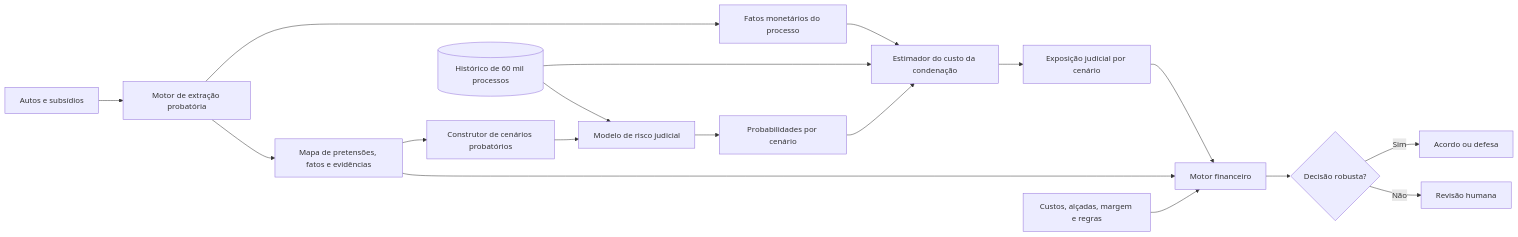
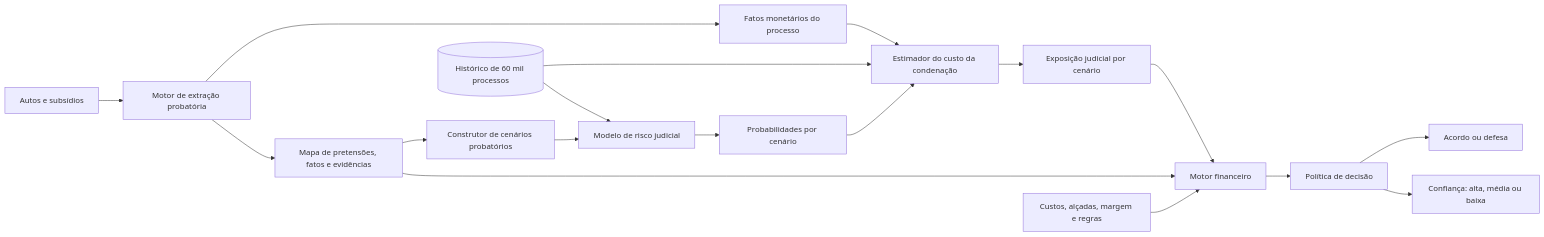
Before and after one commit to sll-bruno/hackathon-unicamp-2026: the diagram in docs/architecture_engine.md, drawn with Mermaid. The commit also changed other lines of this file and 4 other files, not shown here.

First line of the commit message:
docs: remove human review from decision policy

````diff
--- a/docs/architecture_engine.md
+++ b/docs/architecture_engine.md
@@ -23,23 +22,23 @@
 ```mermaid
 flowchart LR
     docs[Autos e subsídios] --> extraction[Motor de extração probatória]
     extraction --> evidence[Mapa de pretensões, fatos e evidências]
     extraction --> monetary[Fatos monetários do processo]
 
     evidence --> scenarios[Construtor de cenários probatórios]
     history[(Histórico de 60 mil processos)] --> risk[Modelo de risco judicial]
     scenarios --> risk
     risk --> probabilities[Probabilidades por cenário]
 
     monetary --> severity[Estimador do custo da condenação]
     history --> severity
     probabilities --> severity
     severity --> exposure[Exposição judicial por cenário]
 
     exposure --> finance[Motor financeiro]
     evidence --> finance
     policy[Custos, alçadas, margem e regras] --> finance
-    finance --> decision{Decisão robusta?}
-    decision -->|Sim| automatic[Acordo ou defesa]
-    decision -->|Não| review[Revisão humana]
+    finance --> decision[Política de decisão]
+    decision --> action[Acordo ou defesa]
+    decision --> confidence[Confiança: alta, média ou baixa]
 ```
````
